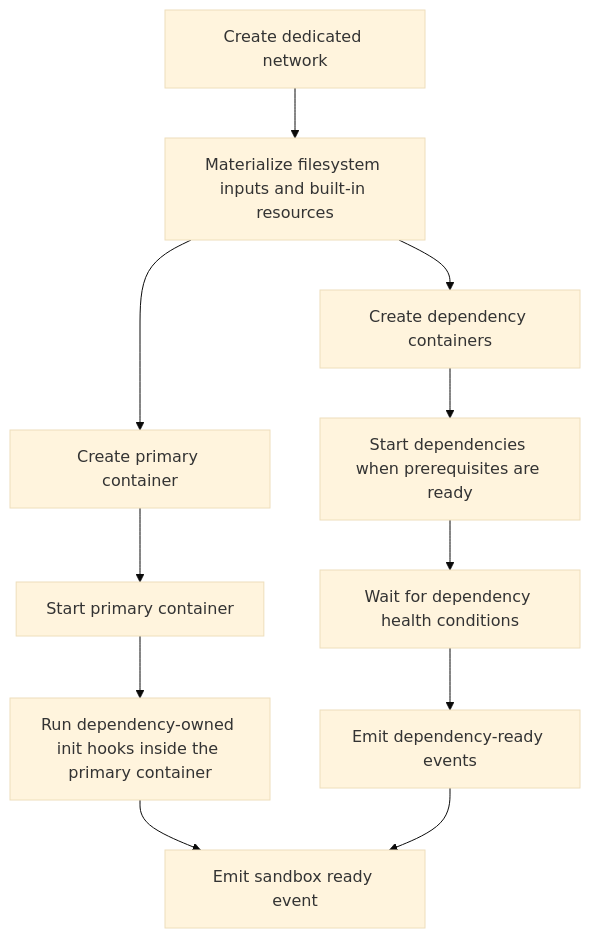
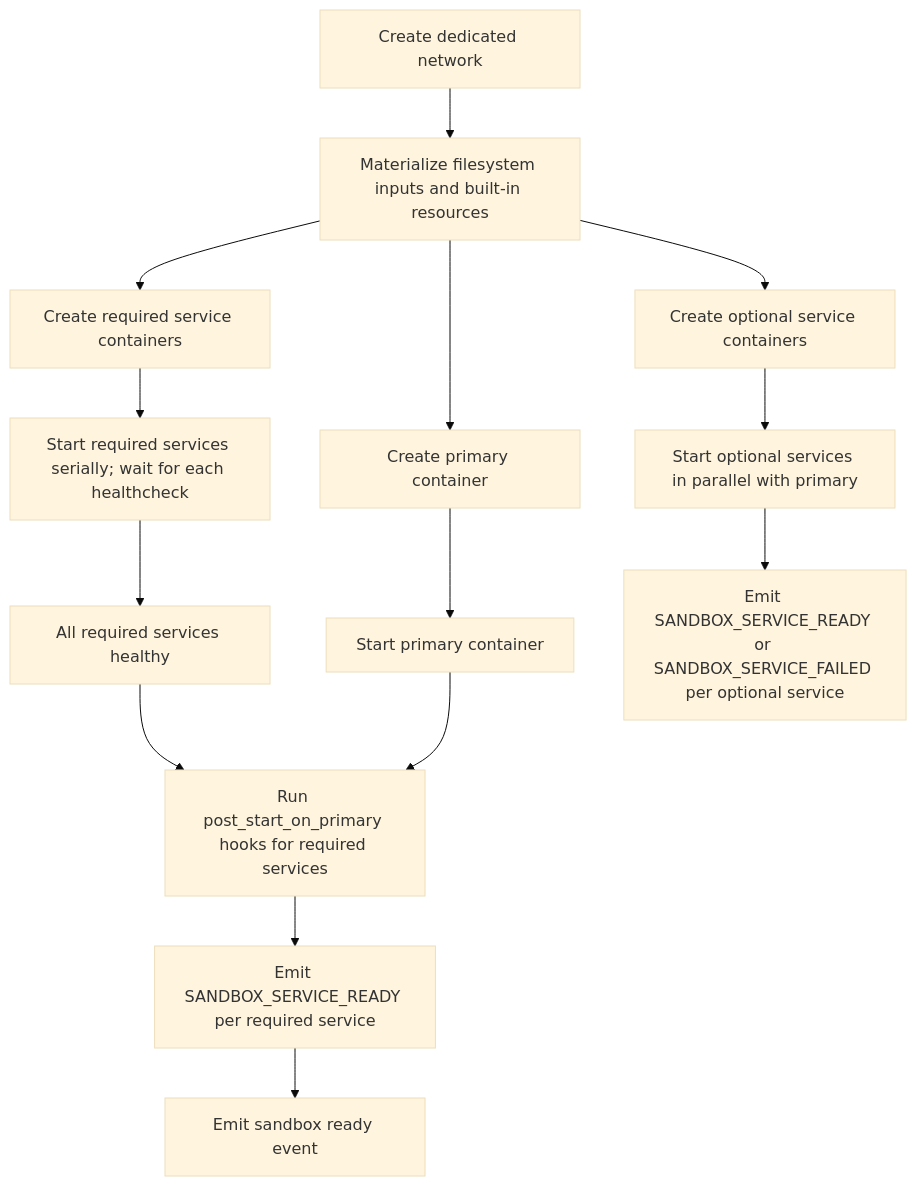
The diagram in docs/container_dependency_strategy.md (1996fanrui/agents-sandbox), drawn with Mermaid (base theme) before and after one commit. The commit also changed other lines of this file and 8 other files, not shown here.

````diff
--- a/docs/container_dependency_strategy.md
+++ b/docs/container_dependency_strategy.md
@@ -93,13 +100,16 @@
 ```mermaid
 flowchart TB
     A[Create dedicated network] --> B[Materialize filesystem inputs and built-in resources]
-    B --> C[Create dependency containers]
+    B --> C[Create required service containers]
     B --> D[Create primary container]
-    C --> E[Start dependencies when prerequisites are ready]
+    B --> O[Create optional service containers]
+    C --> E[Start required services serially; wait for each healthcheck]
     D --> F[Start primary container]
-    E --> G[Wait for dependency health conditions]
-    F --> H[Run dependency-owned init hooks inside the primary container]
-    G --> I[Emit dependency-ready events]
-    H --> J[Emit sandbox ready event]
-    I --> J
+    O --> P[Start optional services in parallel with primary]
+    E --> G[All required services healthy]
+    G --> H[Run post_start_on_primary hooks for required services]
+    F --> H
+    H --> I[Emit SANDBOX_SERVICE_READY per required service]
+    P --> Q[Emit SANDBOX_SERVICE_READY or SANDBOX_SERVICE_FAILED per optional service]
+    I --> J[Emit sandbox ready event]
 ```
````
